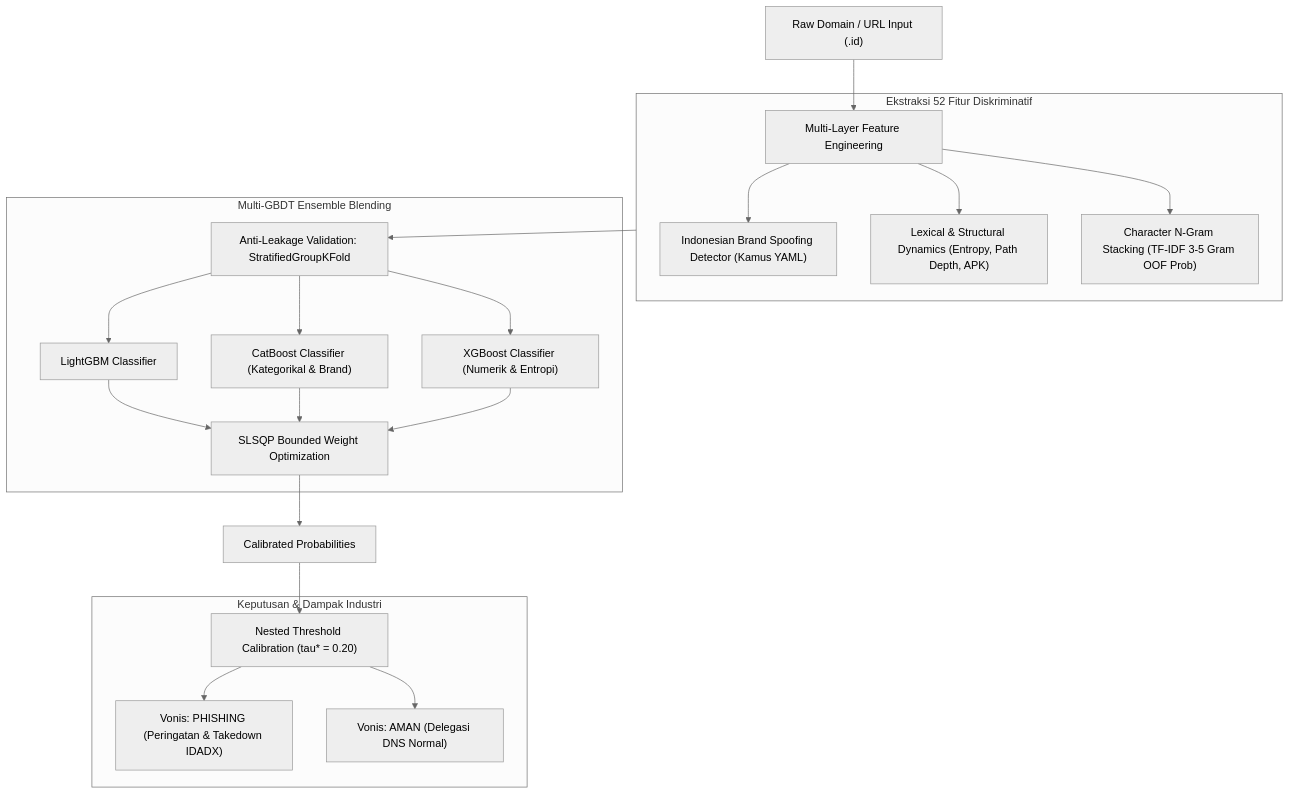
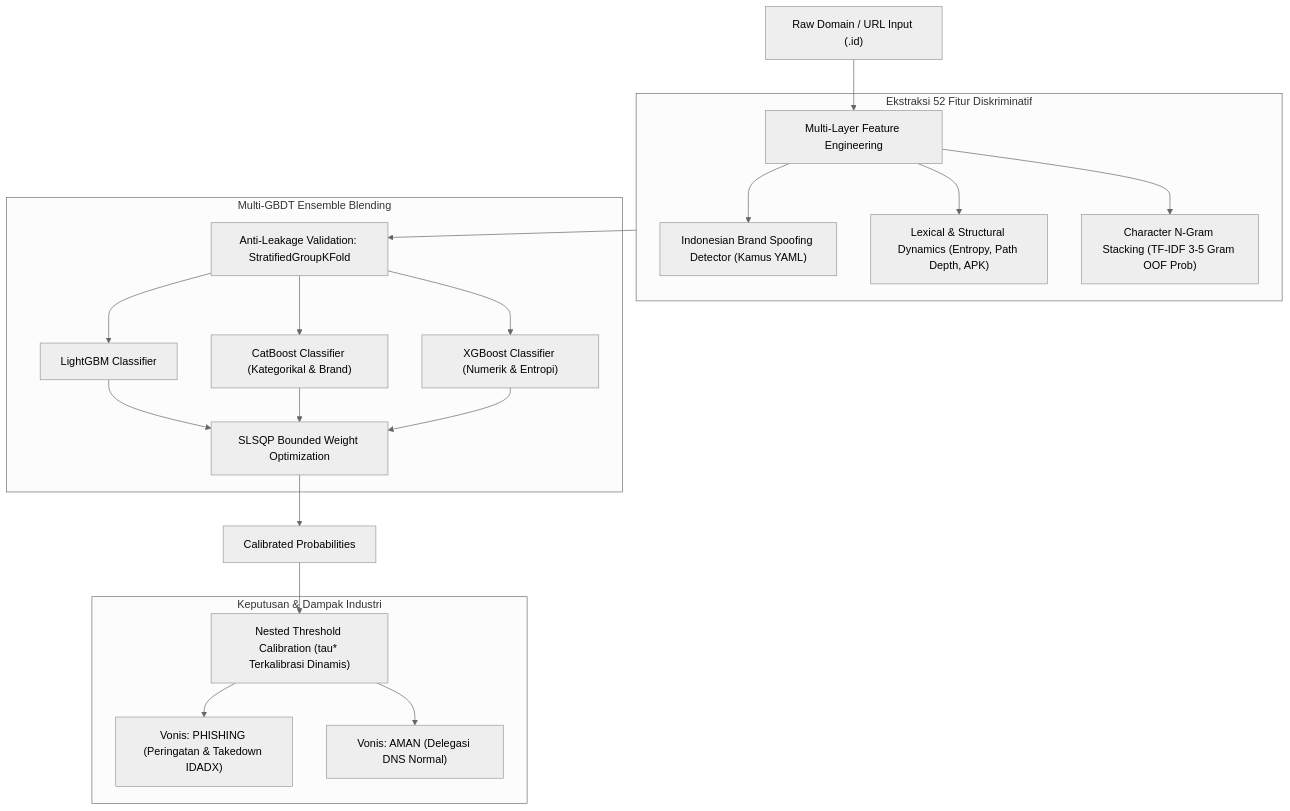
Before and after one commit to caerdfasgrae/PEDAS-2026: the diagram in README.md, drawn with Mermaid (neutral theme). The commit also changed other lines of this file and 1 other file, not shown here.

````diff
--- a/README.md
+++ b/README.md
@@ -45,27 +45,27 @@
 ```mermaid
 flowchart TD
     A["Raw Domain / URL Input (.id)"] --> B["Multi-Layer Feature Engineering"]
     
     subgraph FE ["Ekstraksi 52 Fitur Diskriminatif"]
         B --> B1["Indonesian Brand Spoofing Detector (Kamus YAML)"]
         B --> B2["Lexical & Structural Dynamics (Entropy, Path Depth, APK)"]
         B --> B3["Character N-Gram Stacking (TF-IDF 3-5 Gram OOF Prob)"]
     end
     
     FE --> C["Anti-Leakage Validation: StratifiedGroupKFold"]
     
     subgraph Modeling ["Multi-GBDT Ensemble Blending"]
         C --> M1["LightGBM Classifier"]
         C --> M2["CatBoost Classifier (Kategorikal & Brand)"]
         C --> M3["XGBoost Classifier (Numerik & Entropi)"]
         M1 & M2 & M3 --> D["SLSQP Bounded Weight Optimization"]
     end
     
     D --> E["Calibrated Probabilities"]
-    E --> F["Nested Threshold Calibration (tau* = 0.20)"]
+    E --> F["Nested Threshold Calibration (tau* Terkalibrasi Dinamis)"]
     
     subgraph Decision ["Keputusan & Dampak Industri"]
         F --> G1["Vonis: PHISHING (Peringatan & Takedown IDADX)"]
         F --> G2["Vonis: AMAN (Delegasi DNS Normal)"]
     end
 ```
````
